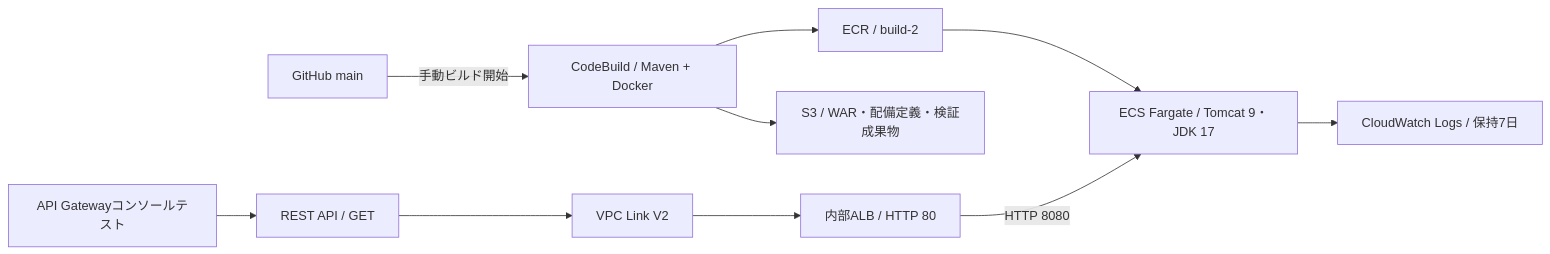
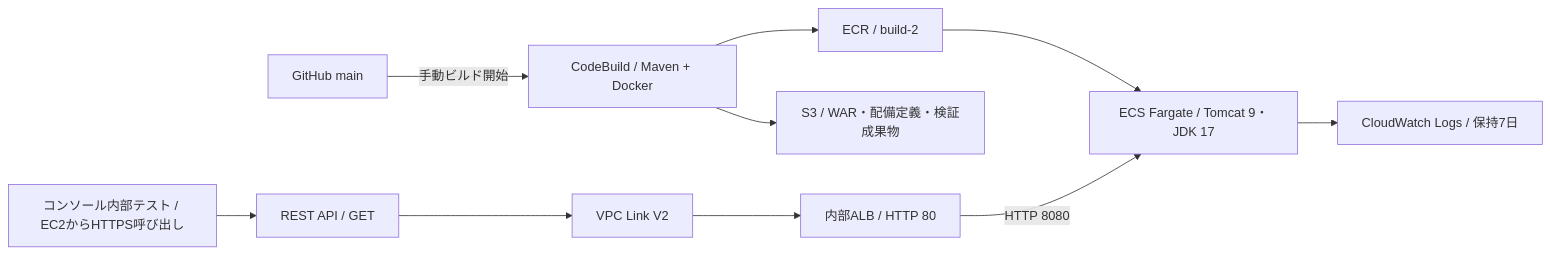
The diagram in docs/day3-console.md (mika-it-labs/aws-infrastructure-devops-portfolio), drawn with Mermaid before and after one commit. The commit also changed other lines of this file, not shown here.

Commit message:
docs: verify deployed API rejects missing key and returns HTTP 200 with key

````diff
--- a/docs/day3-console.md
+++ b/docs/day3-console.md
@@ -13,12 +13,12 @@
 ```mermaid
 flowchart LR
   GitHub[GitHub main] -->|手動ビルド開始| Build[CodeBuild / Maven + Docker]
   Build --> ECR[ECR / build-2]
   Build --> S3[S3 / WAR・配備定義・検証成果物]
   ECR --> ECS[ECS Fargate / Tomcat 9・JDK 17]
-  Test[API Gatewayコンソールテスト] --> API[REST API / GET]
+  Test[コンソール内部テスト / EC2からHTTPS呼び出し] --> API[REST API / GET]
   API --> Link[VPC Link V2]
   Link --> ALB[内部ALB / HTTP 80]
   ALB -->|HTTP 8080| ECS
   ECS --> Logs[CloudWatch Logs / 保持7日]
 ```
````
